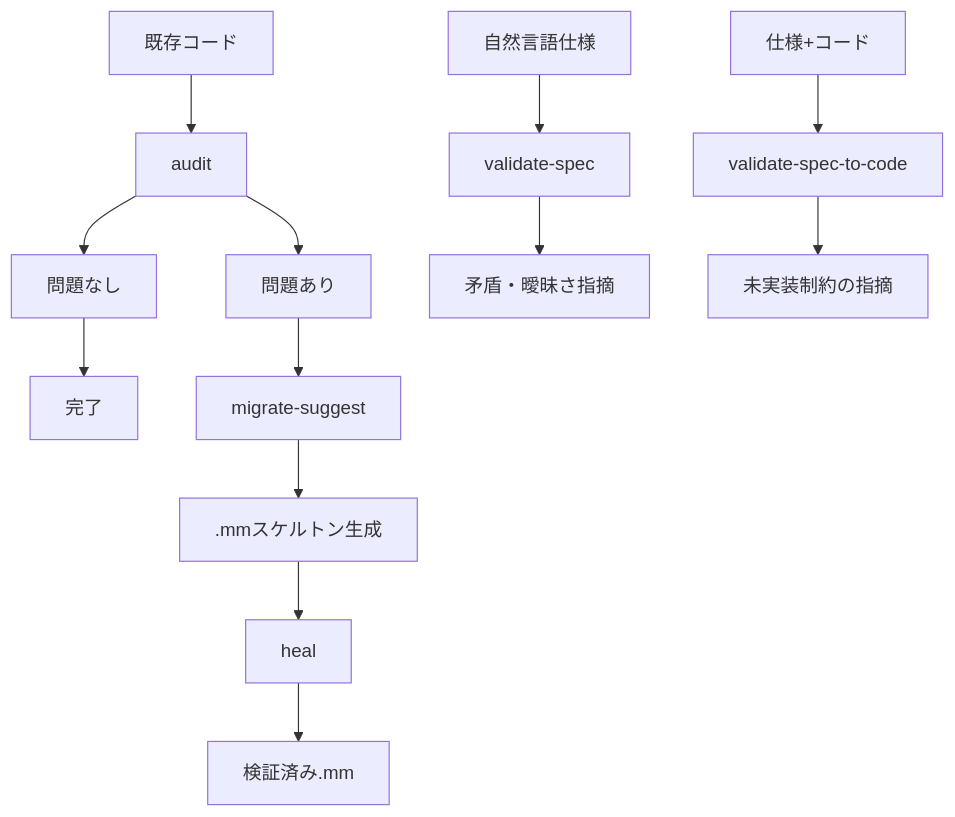
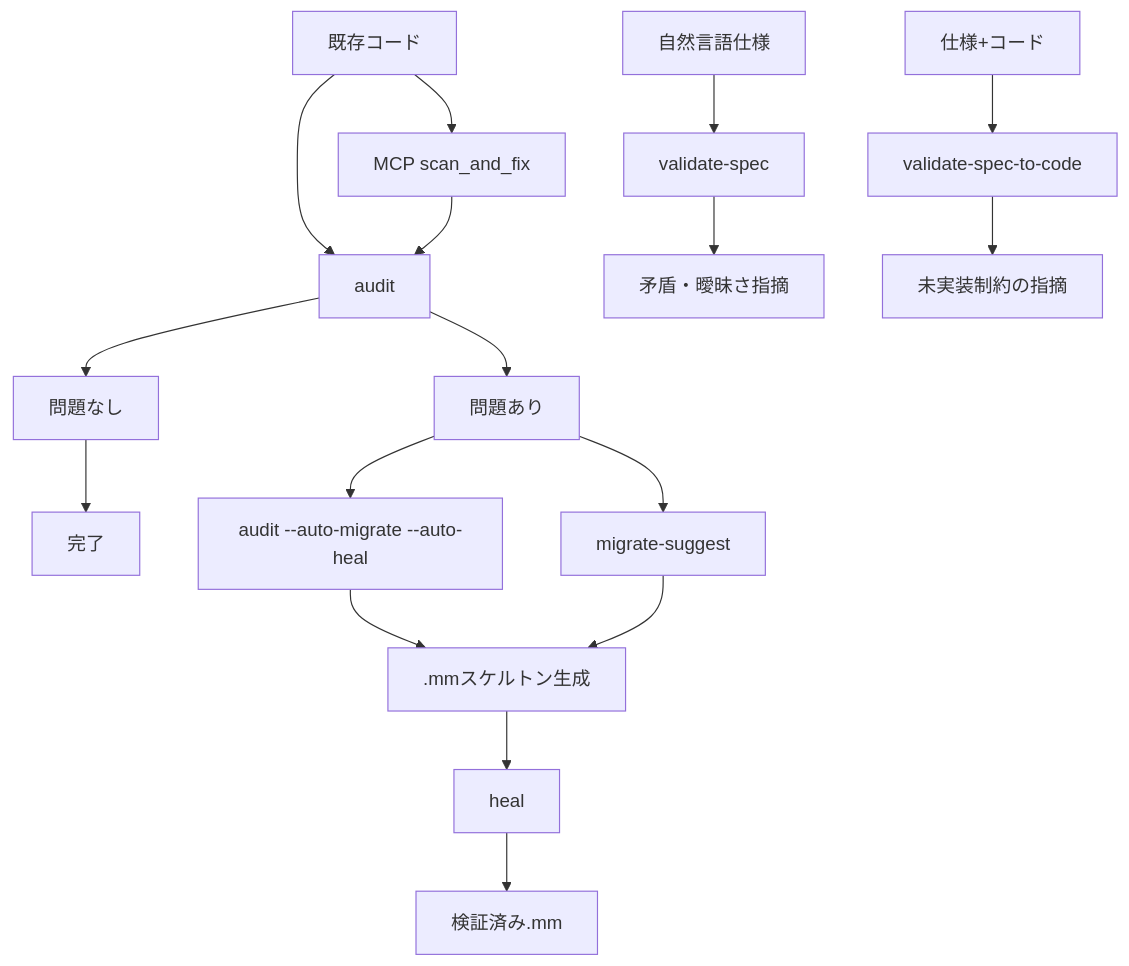
The second of 2 diagrams in README.md (mumei-lang/mumei-agent), drawn with Mermaid before and after one commit. The commit also changed other lines of this file and 2 other files, not shown here.

````diff
--- a/README.md
+++ b/README.md
@@ -131,15 +131,19 @@
 ```mermaid
 flowchart TD
     existing["既存コード"] --> audit["audit"]
+    existing --> mcp_scan["MCP scan_and_fix"]
+    mcp_scan --> audit
     audit --> ok["問題なし"]
     ok --> done["完了"]
     audit --> issue["問題あり"]
+    issue --> one_cmd["audit --auto-migrate --auto-heal"]
     issue --> migrate["migrate-suggest"]
+    one_cmd --> skeleton[".mmスケルトン生成"]
     migrate --> skeleton[".mmスケルトン生成"]
     skeleton --> heal["heal"]
     heal --> verified["検証済み.mm"]
     nl["自然言語仕様"] --> validate_spec["validate-spec"]
     validate_spec --> spec_feedback["矛盾・曖昧さ指摘"]
     spec_code["仕様+コード"] --> validate_spec_to_code["validate-spec-to-code"]
     validate_spec_to_code --> missing_constraints["未実装制約の指摘"]
 ```
````
